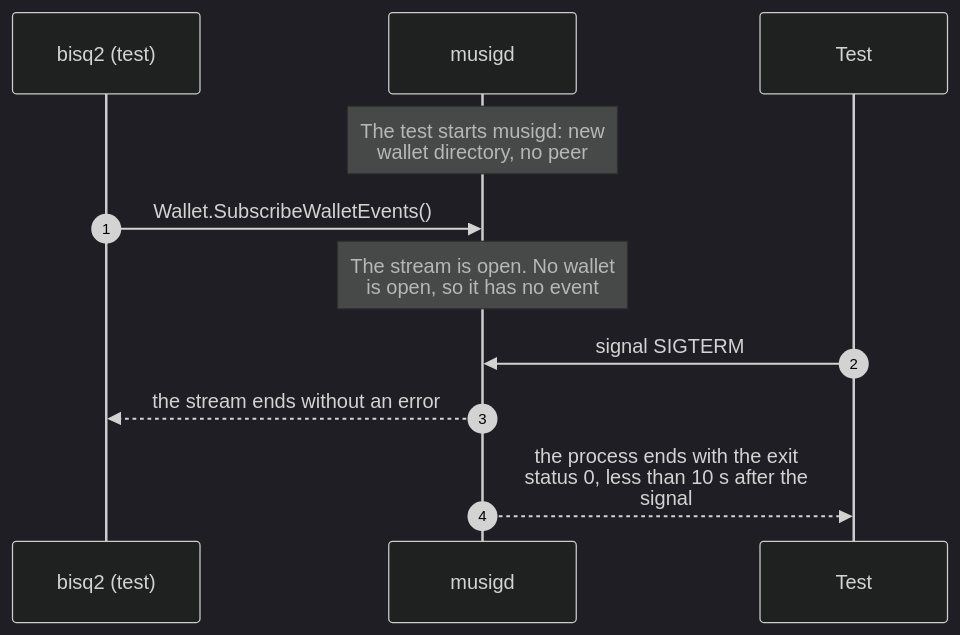
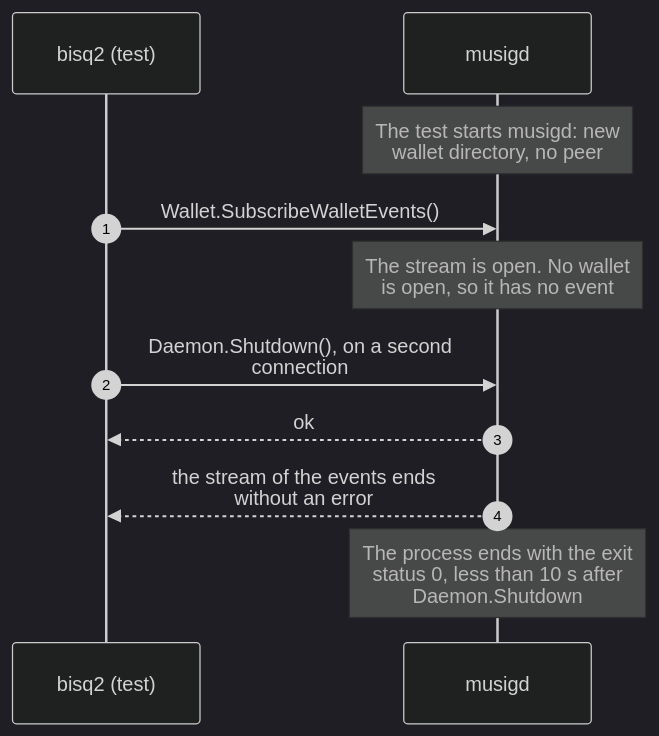
Before and after one commit to ChrisSon15/bisq-musig: diagram 12 of 14 in rpc/test-musigd-sequence-diagrams.md, drawn with Mermaid (dark theme). The commit also changed other lines of this file and 13 other files, not shown here.

````diff
--- a/rpc/test-musigd-sequence-diagrams.md
+++ b/rpc/test-musigd-sequence-diagrams.md
@@ -1294,13 +1296,13 @@
 ```mermaid
 sequenceDiagram
     autonumber
     participant C as bisq2 (test)
     participant D as musigd
-    participant T as Test
     Note over D: The test starts musigd: new<br/>wallet directory, no peer
     C->>D: Wallet.SubscribeWalletEvents()
     Note over D: The stream is open. No wallet<br/>is open, so it has no event
-    T->>D: signal SIGTERM
-    D-->>C: the stream ends without an error
-    D-->>T: the process ends with the exit<br/>status 0, less than 10 s after the<br/>signal
+    C->>D: Daemon.Shutdown(), on a second<br/>connection
+    D-->>C: ok
+    D-->>C: the stream of the events ends<br/>without an error
+    Note over D: The process ends with the exit<br/>status 0, less than 10 s after<br/>Daemon.Shutdown
 ```
````
